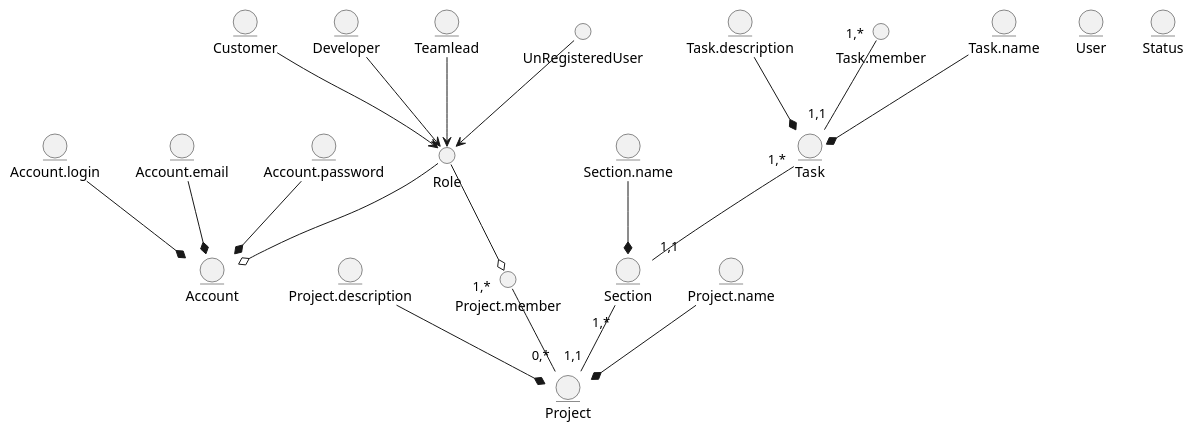
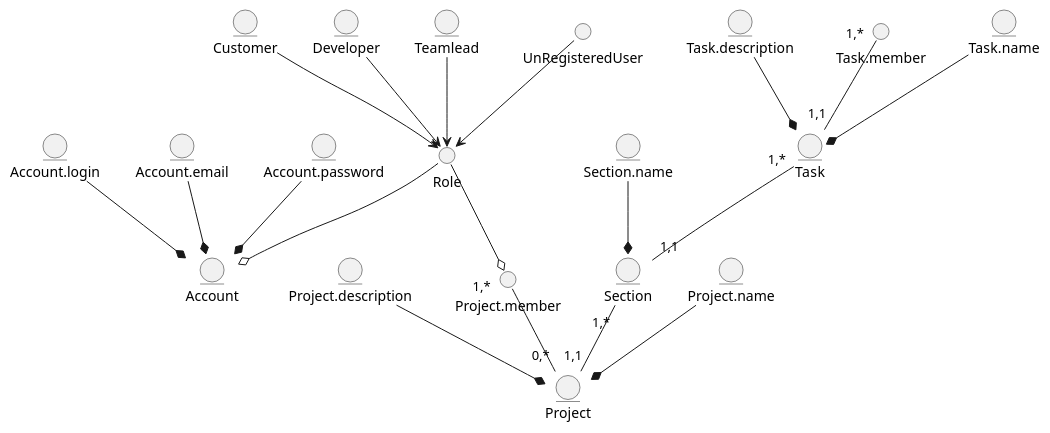
Before and after one commit to boldak/edu-db-cw: the diagram in docs/design/README.md, drawn with PlantUML.

Commit message:
removed not needed blocks

```diff
--- a/docs/design/README.md
+++ b/docs/design/README.md
@@ -12,50 +12,47 @@
 @startuml
 
     entity Account
     entity Account.login
     entity Account.email
     entity Account.password
 
-    entity User
     entity Customer
     entity Developer
     entity Teamlead
-
-    entity Status
 
     entity Project
     entity Project.name
     entity Project.description
 
     entity Section
     entity Section.name
 
     entity Task
     entity Task.name
     entity Task.description
 
     Account.login --* Account
     Account.email --*  Account
     Account.password --*  Account
     Role  --o  Account
 
     Customer --> Role  
     Developer --> Role 
     Teamlead  --> Role 
     UnRegisteredUser  --> Role
 
     Role --o  Project.member
     
     Project.name --*  Project
     Project.description --*  Project
     Project.member "1,*" -- "0,*" Project
     Section "1,*" -- "1,1" Project
     
     Section.name --* Section
     Task "1,*"  -- "1,1" Section
     
     Task.name --* Task
     Task.description --* Task
     Task.member "1,*" -- "1,1" Task
 
 @enduml
```
